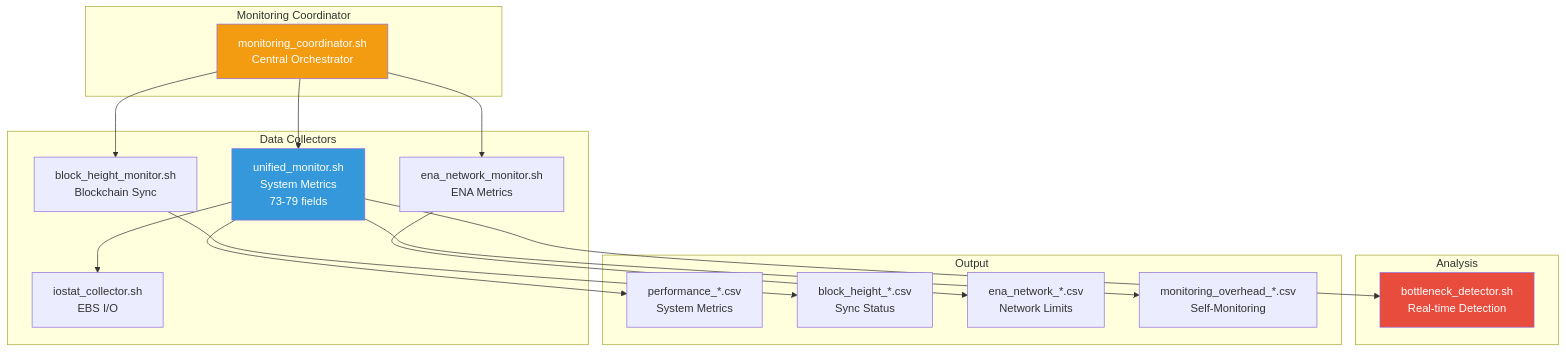
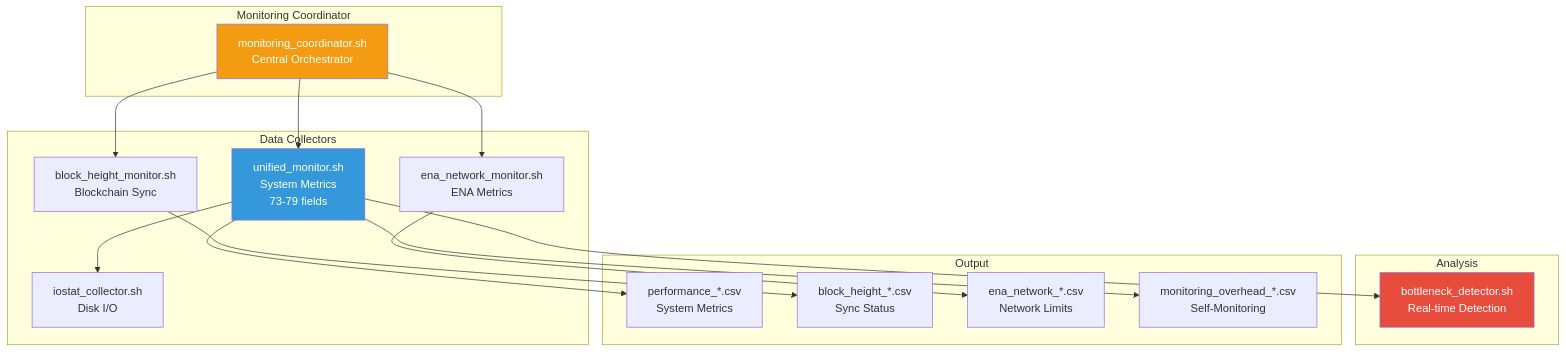
Before and after one commit to StayHungryStayFoolish/blockchain-node-benchmark: the fourth of 10 diagrams in docs/architecture-overview.md, drawn with Mermaid. The commit also changed other lines of this file and 77 other files, not shown here.

````diff
--- a/docs/architecture-overview.md
+++ b/docs/architecture-overview.md
@@ -194,39 +194,39 @@
 ```mermaid
 graph TB
     subgraph "Monitoring Coordinator"
         A[monitoring_coordinator.sh<br/>Central Orchestrator]
     end
     
     subgraph "Data Collectors"
         B[unified_monitor.sh<br/>System Metrics<br/>73-79 fields]
         C[block_height_monitor.sh<br/>Blockchain Sync]
         D[ena_network_monitor.sh<br/>ENA Metrics]
-        E[iostat_collector.sh<br/>EBS I/O]
+        E[iostat_collector.sh<br/>Disk I/O]
     end
     
     subgraph "Analysis"
         F[bottleneck_detector.sh<br/>Real-time Detection]
     end
     
     subgraph "Output"
         G[performance_*.csv<br/>System Metrics]
         H[block_height_*.csv<br/>Sync Status]
         I[ena_network_*.csv<br/>Network Limits]
         J[monitoring_overhead_*.csv<br/>Self-Monitoring]
     end
     
     A --> B
     A --> C
     A --> D
     B --> E
     B --> F
     
     B --> G
     C --> H
     D --> I
     B --> J
     
     style A fill:#F39C12,color:#fff
     style B fill:#3498DB,color:#fff
     style F fill:#E74C3C,color:#fff
 ```
````
